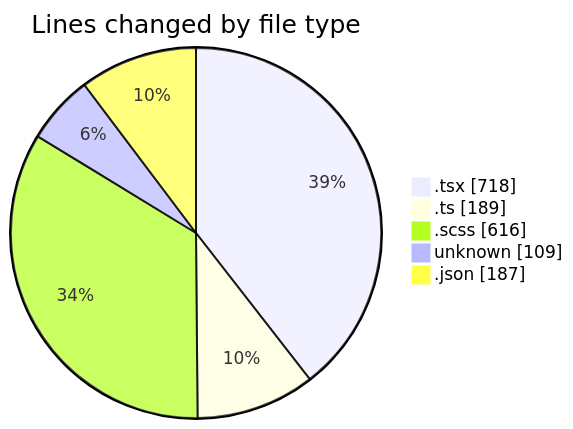
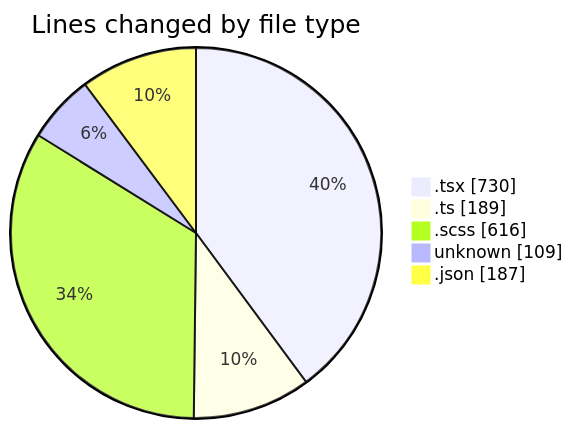
One commit to momahboobian/code-tracking changed the first of 2 diagrams in 2026-04-15/cda/README.md. Above: the diagram before and after it, drawn with Mermaid. The commit also changed other lines of this file and 1 other file, not shown here.

````diff
--- a/2026-04-15/cda/README.md
+++ b/2026-04-15/cda/README.md
@@ -34,9 +34,9 @@
 ```mermaid
 pie showData
 title Lines changed by file type
-".tsx" : 718
+".tsx" : 730
 ".ts" : 189
 ".scss" : 616
 "unknown" : 109
 ".json" : 187
 ```
````
